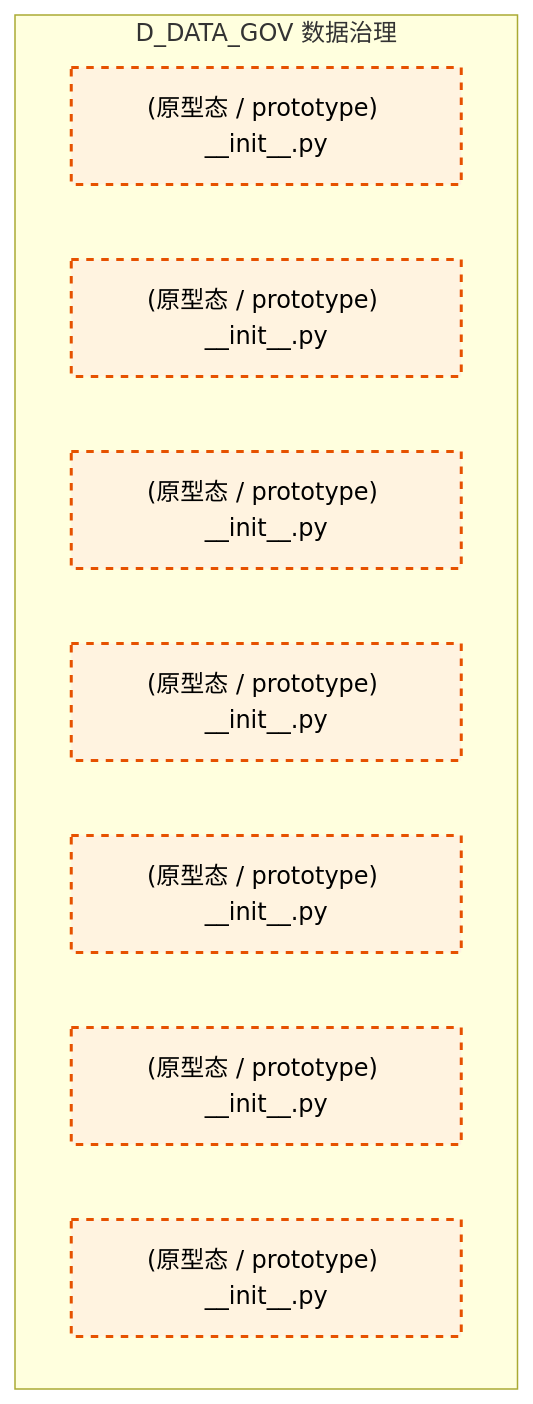
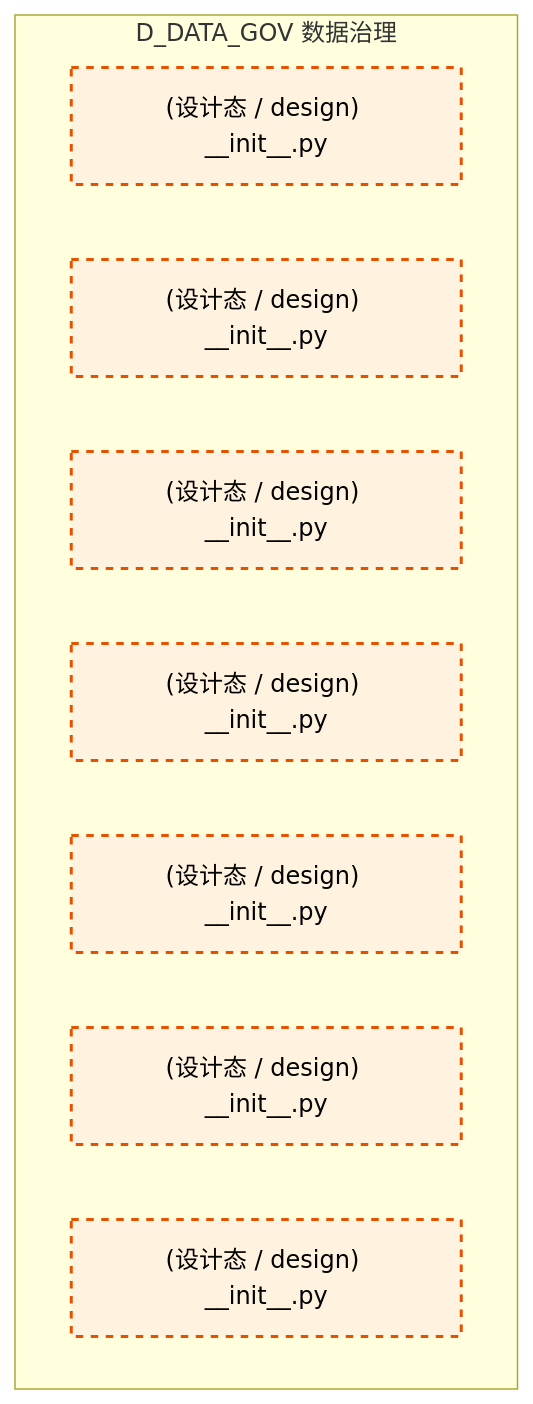
The second of 2 diagrams in docs/02_enterprise_architecture/02_domain_architecture_docs/09_d_data_gov.md (xuanFelixVan/ZephyrAlpha), drawn with Mermaid before and after one commit. The commit also changed other lines of this file and 177 other files, not shown here.

````diff
--- a/docs/02_enterprise_architecture/02_domain_architecture_docs/09_d_data_gov.md
+++ b/docs/02_enterprise_architecture/02_domain_architecture_docs/09_d_data_gov.md
@@ -103,17 +102,17 @@
 ```mermaid
 graph TD
     subgraph D_DATA_GOV["D_DATA_GOV 数据治理"]
-        src_zephyr_data_governance_init_py["(原型态 / prototype) __init__.py"]
-        src_zephyr_data_governance_extensions_init_py["(原型态 / prototype) __init__.py"]
-        src_zephyr_data_governance_api_init_py["(原型态 / prototype) __init__.py"]
-        src_zephyr_data_governance_core_init_py["(原型态 / prototype) __init__.py"]
-        src_zephyr_data_governance_infrastructure_init_py["(原型态 / prototype) __init__.py"]
-        src_zephyr_data_governance_models_init_py["(原型态 / prototype) __init__.py"]
-        src_zephyr_data_governance_services_init_py["(原型态 / prototype) __init__.py"]
+        src_zephyr_data_governance_init_py["(设计态 / design) __init__.py"]
+        src_zephyr_data_governance_extensions_init_py["(设计态 / design) __init__.py"]
+        src_zephyr_data_governance_api_init_py["(设计态 / design) __init__.py"]
+        src_zephyr_data_governance_core_init_py["(设计态 / design) __init__.py"]
+        src_zephyr_data_governance_infrastructure_init_py["(设计态 / design) __init__.py"]
+        src_zephyr_data_governance_models_init_py["(设计态 / design) __init__.py"]
+        src_zephyr_data_governance_services_init_py["(设计态 / design) __init__.py"]
     end
     classDef production fill:#e1f5fe,stroke:#01579b,stroke-width:2px,color:#000
     classDef design fill:#fff3e0,stroke:#e65100,stroke-width:2px,color:#000,stroke-dasharray: 5 5
     classDef external_prod fill:#e8f5e9,stroke:#1b5e20,stroke-width:1px,color:#000
     classDef external_design fill:#fce4ec,stroke:#880e4f,stroke-width:1px,color:#000,stroke-dasharray: 5 5
     class src_zephyr_data_governance_init_py,src_zephyr_data_governance_extensions_init_py,src_zephyr_data_governance_api_init_py,src_zephyr_data_governance_core_init_py,src_zephyr_data_governance_infrastructure_init_py,src_zephyr_data_governance_models_init_py,src_zephyr_data_governance_services_init_py design
 ```
````
